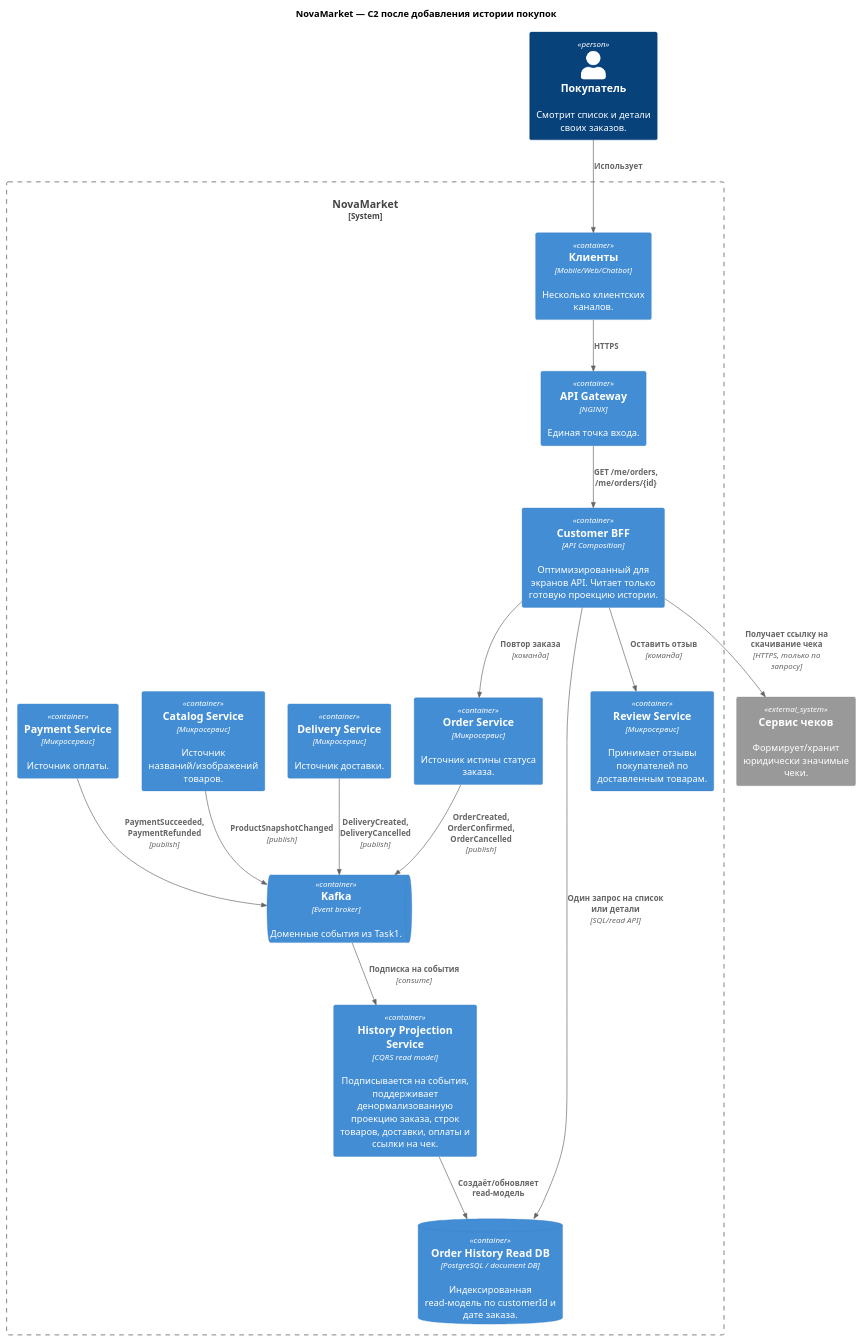
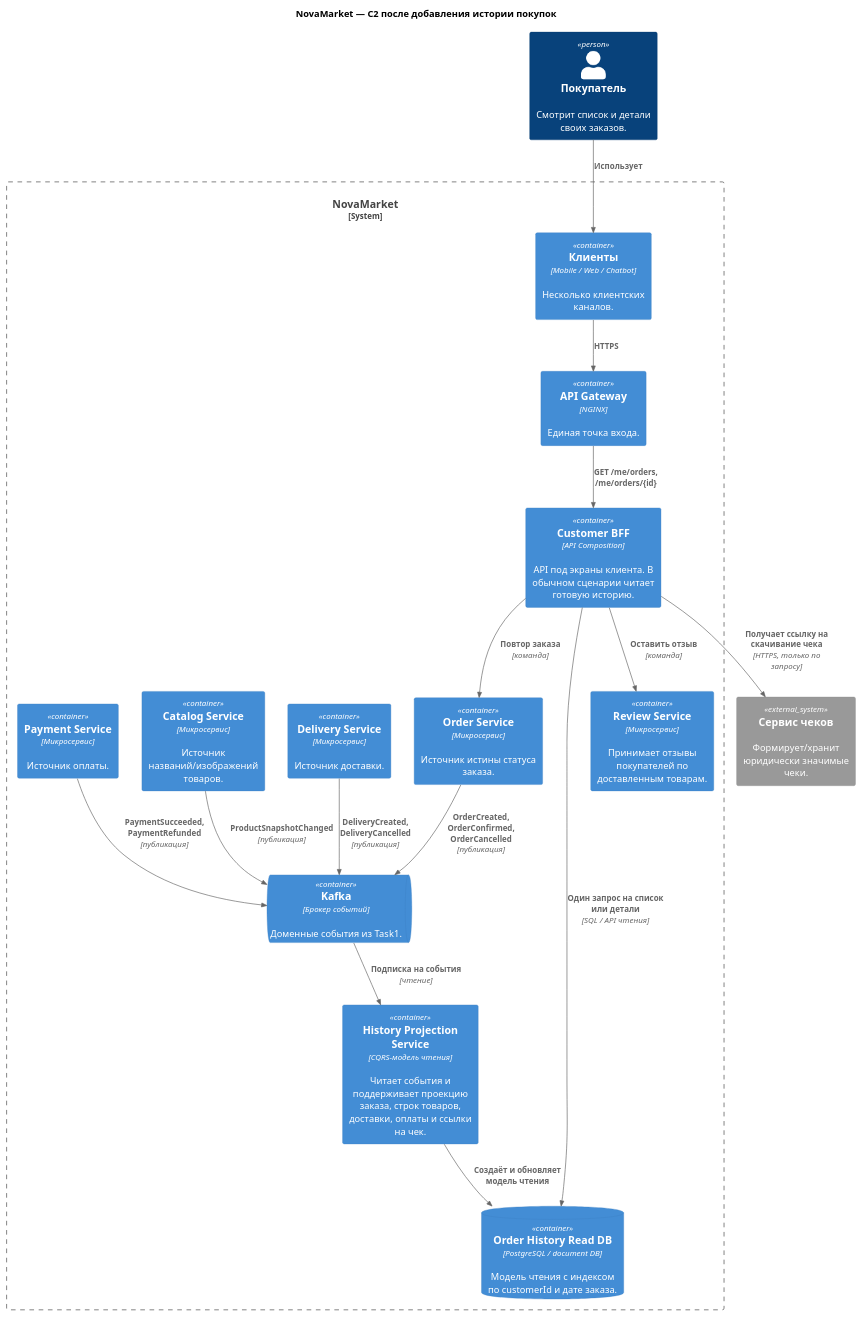
Before and after one commit to FFinn/MSA-3-NovaMarket-v1: the diagram in Task2/c2-order-history-architecture.puml, drawn with PlantUML. The commit also changed 14 other files, not shown here.

```diff
--- a/Task2/c2-order-history-architecture.puml
+++ b/Task2/c2-order-history-architecture.puml
@@ -1,34 +1,34 @@
 @startuml
 !include <C4/C4_Container>
 LAYOUT_TOP_DOWN()
 title NovaMarket — C2 после добавления истории покупок
 
 Person(customer, "Покупатель", "Смотрит список и детали своих заказов.")
 System_Ext(receipt, "Сервис чеков", "Формирует/хранит юридически значимые чеки.")
 System_Boundary(novamarket, "NovaMarket") {
- Container(mobile, "Клиенты", "Mobile/Web/Chatbot", "Несколько клиентских каналов.")
+ Container(mobile, "Клиенты", "Mobile / Web / Chatbot", "Несколько клиентских каналов.")
  Container(gateway, "API Gateway", "NGINX", "Единая точка входа.")
- Container(bff, "Customer BFF", "API Composition", "Оптимизированный для экранов API. Читает только готовую проекцию истории.")
- Container(history, "History Projection Service", "CQRS read model", "Подписывается на события, поддерживает денормализованную проекцию заказа, строк товаров, доставки, оплаты и ссылки на чек.")
- ContainerDb(historyDb, "Order History Read DB", "PostgreSQL / document DB", "Индексированная read-модель по customerId и дате заказа.")
- ContainerQueue(kafka, "Kafka", "Event broker", "Доменные события из Task1.")
+ Container(bff, "Customer BFF", "API Composition", "API под экраны клиента. В обычном сценарии читает готовую историю.")
+ Container(history, "History Projection Service", "CQRS-модель чтения", "Читает события и поддерживает проекцию заказа, строк товаров, доставки, оплаты и ссылки на чек.")
+ ContainerDb(historyDb, "Order History Read DB", "PostgreSQL / document DB", "Модель чтения с индексом по customerId и дате заказа.")
+ ContainerQueue(kafka, "Kafka", "Брокер событий", "Доменные события из Task1.")
  Container(order, "Order Service", "Микросервис", "Источник истины статуса заказа.")
  Container(review, "Review Service", "Микросервис", "Принимает отзывы покупателей по доставленным товарам.")
  Container(catalog, "Catalog Service", "Микросервис", "Источник названий/изображений товаров.")
  Container(payment, "Payment Service", "Микросервис", "Источник оплаты.")
  Container(delivery, "Delivery Service", "Микросервис", "Источник доставки.")
 }
 Rel(customer, mobile, "Использует")
 Rel(mobile, gateway, "HTTPS")
 Rel(gateway, bff, "GET /me/orders, /me/orders/{id}")
-Rel(bff, historyDb, "Один запрос на список или детали", "SQL/read API")
+Rel(bff, historyDb, "Один запрос на список или детали", "SQL / API чтения")
 Rel(bff, receipt, "Получает ссылку на скачивание чека", "HTTPS, только по запросу")
 Rel(bff, order, "Повтор заказа", "команда")
 Rel(bff, review, "Оставить отзыв", "команда")
-Rel(order, kafka, "OrderCreated, OrderConfirmed, OrderCancelled", "publish")
-Rel(payment, kafka, "PaymentSucceeded, PaymentRefunded", "publish")
-Rel(delivery, kafka, "DeliveryCreated, DeliveryCancelled", "publish")
-Rel(catalog, kafka, "ProductSnapshotChanged", "publish")
-Rel(kafka, history, "Подписка на события", "consume")
-Rel(history, historyDb, "Создаёт/обновляет read-модель")
+Rel(order, kafka, "OrderCreated, OrderConfirmed, OrderCancelled", "публикация")
+Rel(payment, kafka, "PaymentSucceeded, PaymentRefunded", "публикация")
+Rel(delivery, kafka, "DeliveryCreated, DeliveryCancelled", "публикация")
+Rel(catalog, kafka, "ProductSnapshotChanged", "публикация")
+Rel(kafka, history, "Подписка на события", "чтение")
+Rel(history, historyDb, "Создаёт и обновляет модель чтения")
 @enduml
```
